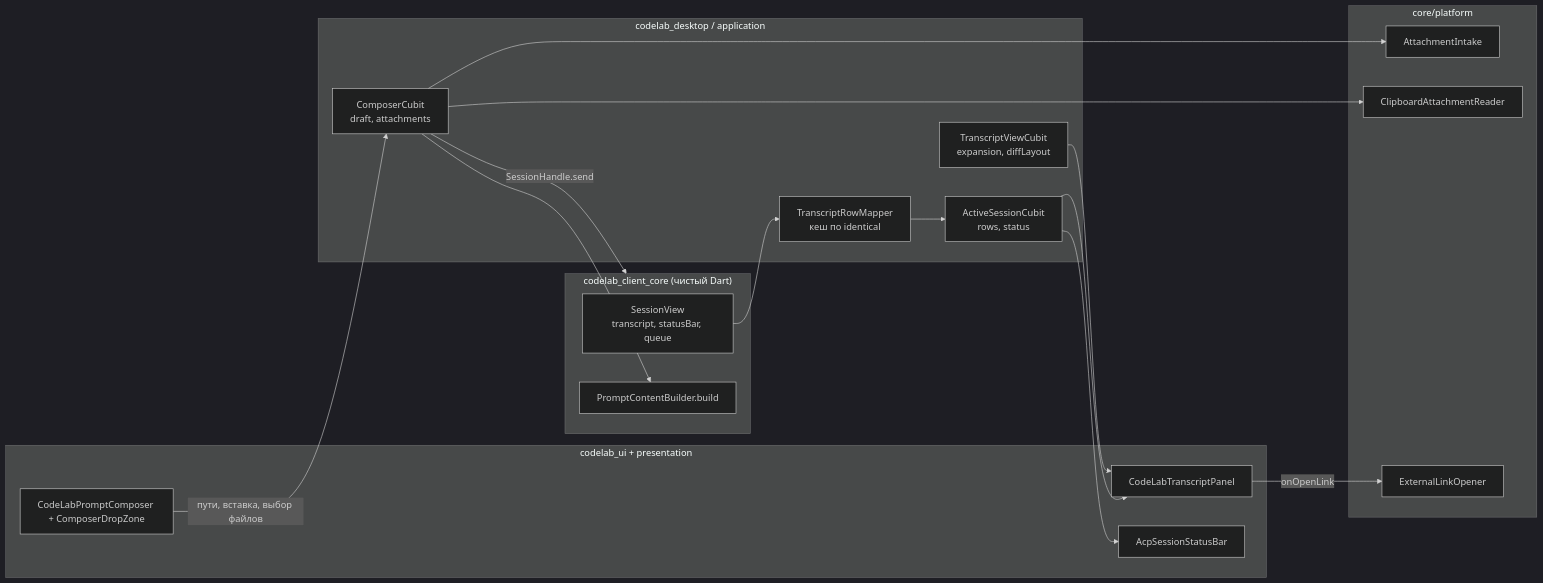
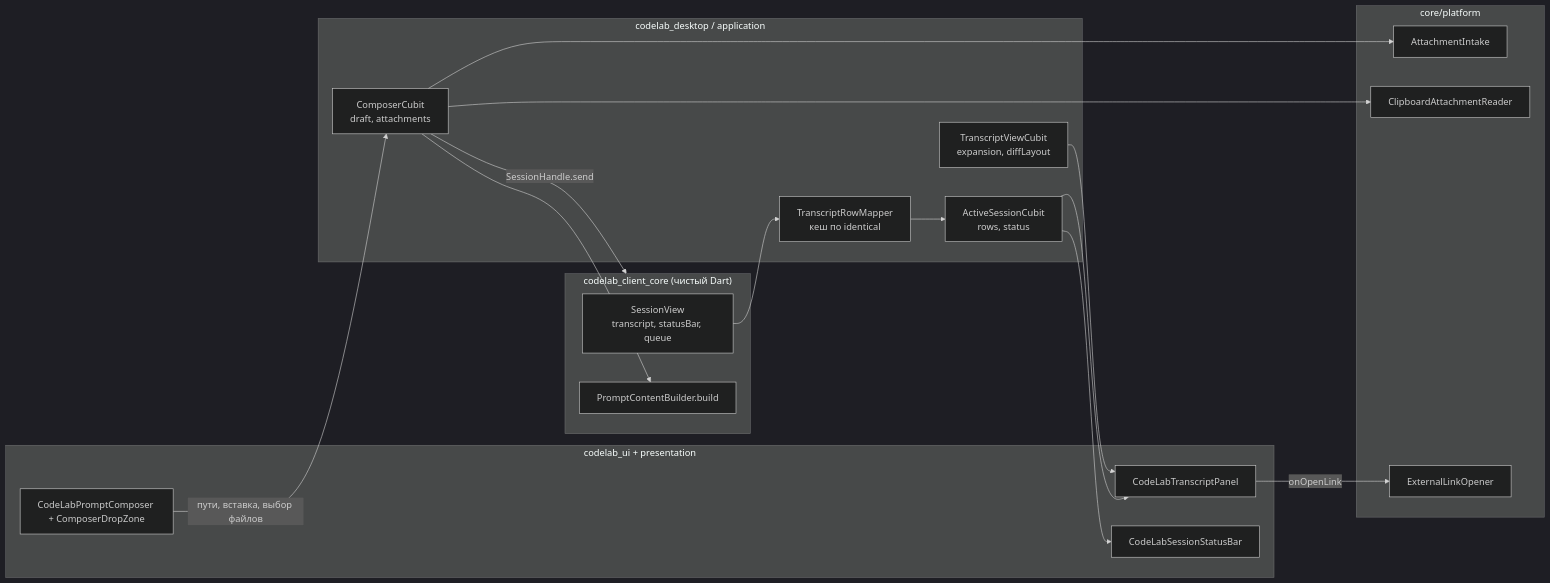
Before and after one commit to pese-git/codelab-app: the first of 3 diagrams in docs/architecture/proposals/dart-agent-and-clients/12-3-desktop-display.md, drawn with Mermaid (dark theme). The commit also changed other lines of this file and 9 other files, not shown here.

````diff
--- a/docs/architecture/proposals/dart-agent-and-clients/12-3-desktop-display.md
+++ b/docs/architecture/proposals/dart-agent-and-clients/12-3-desktop-display.md
@@ -87,32 +88,32 @@
 ```mermaid
 flowchart LR
     subgraph Kit["codelab_client_core (чистый Dart)"]
         SV["SessionView<br/>transcript, statusBar, queue"]
         PAD["PromptContentBuilder.build"]
     end
     subgraph App["codelab_desktop / application"]
         MAP["TranscriptRowMapper<br/>кеш по identical"]
         ASC["ActiveSessionCubit<br/>rows, status"]
         TVC["TranscriptViewCubit<br/>expansion, diffLayout"]
         CC["ComposerCubit<br/>draft, attachments"]
     end
     subgraph Infra["core/platform"]
         AI["AttachmentIntake"]
         CR["ClipboardAttachmentReader"]
         LO["ExternalLinkOpener"]
     end
     subgraph UI["codelab_ui + presentation"]
         TP["CodeLabTranscriptPanel"]
-        SB["AcpSessionStatusBar"]
+        SB["CodeLabSessionStatusBar"]
         PC["CodeLabPromptComposer + ComposerDropZone"]
     end
     SV --> MAP --> ASC --> TP
     ASC --> SB
     TVC --> TP
     PC -- "пути, вставка, выбор файлов" --> CC
     CC --> AI
     CC --> CR
     CC --> PAD
     CC -- "SessionHandle.send" --> Kit
     TP -- "onOpenLink" --> LO
 ```
````
